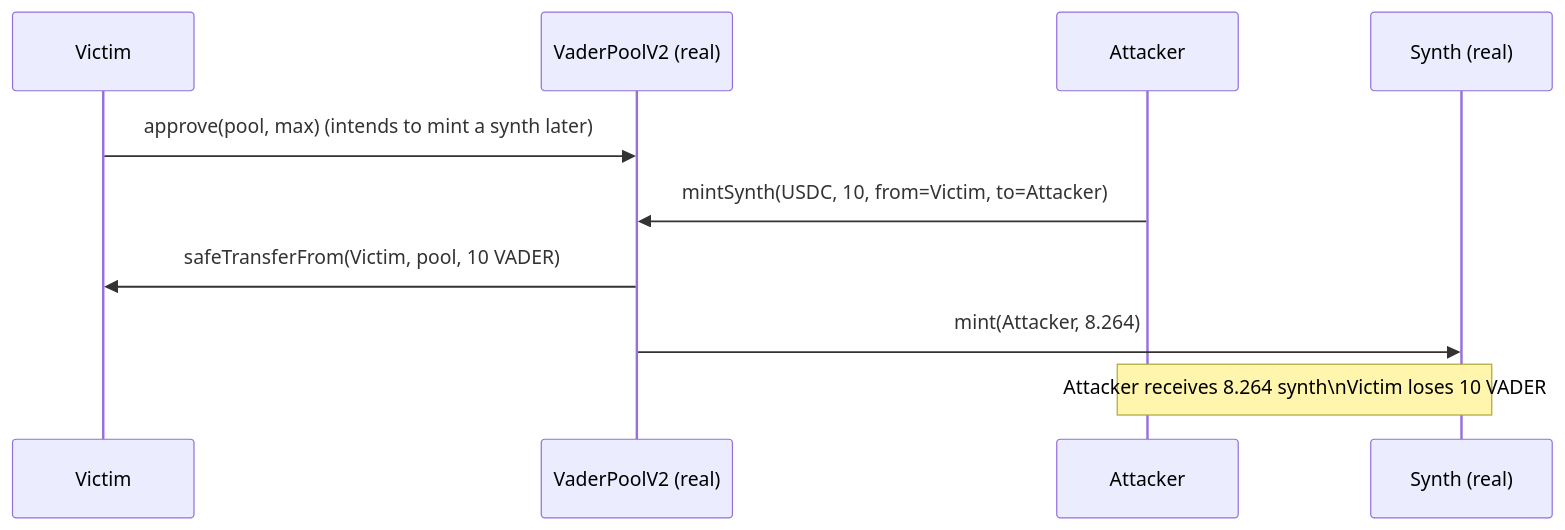
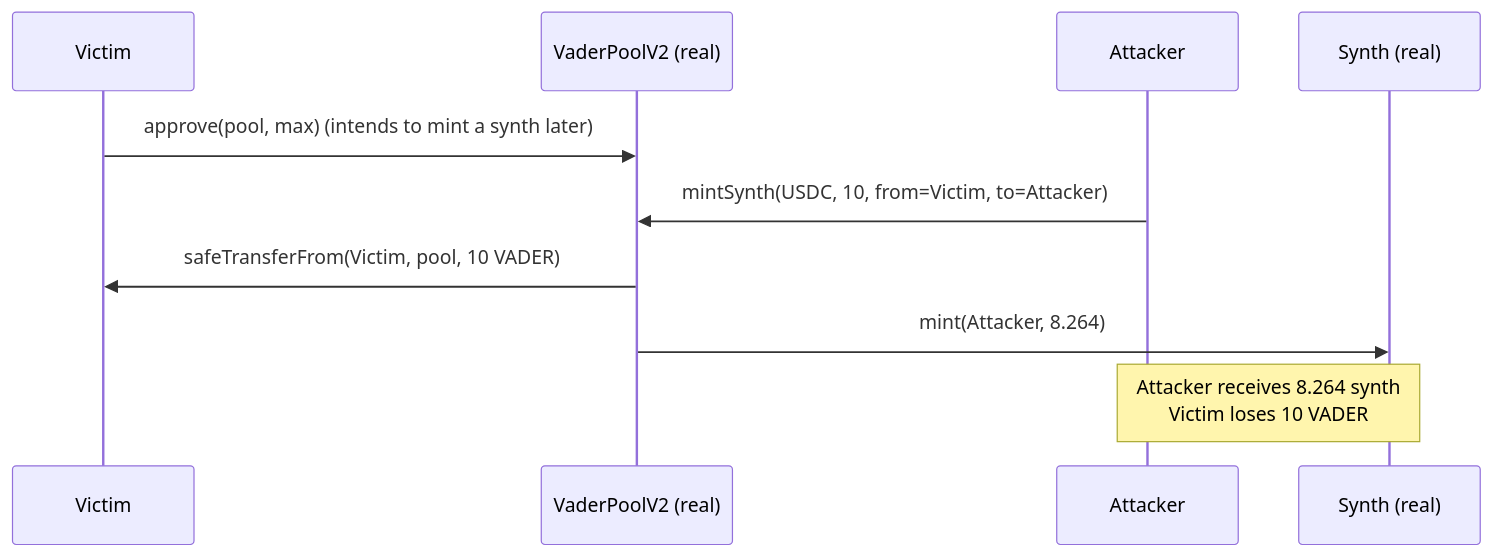
The diagram in 42335-h-13-anyone-can-arbitrarily-mint-synthetic-assets-in-vaderpo_exp/42335-h-13-anyone-can-arbitrarily-mint-synthetic-assets-in-vaderpo_exp.md (sanbir/evm-hack-registry), drawn with Mermaid before and after one commit. The commit also changed 23 other files, not shown here.

````diff
--- a/42335-h-13-anyone-can-arbitrarily-mint-synthetic-assets-in-vaderpo_exp/42335-h-13-anyone-can-arbitrarily-mint-synthetic-assets-in-vaderpo_exp.md
+++ b/42335-h-13-anyone-can-arbitrarily-mint-synthetic-assets-in-vaderpo_exp/42335-h-13-anyone-can-arbitrarily-mint-synthetic-assets-in-vaderpo_exp.md
@@ -34,12 +34,12 @@
 ```mermaid
 sequenceDiagram
     participant V as Victim
     participant P as VaderPoolV2 (real)
     participant A as Attacker
     participant S as Synth (real)
     V->>P: approve(pool, max)  (intends to mint a synth later)
     A->>P: mintSynth(USDC, 10, from=Victim, to=Attacker)
     P->>V: safeTransferFrom(Victim, pool, 10 VADER)
     P->>S: mint(Attacker, 8.264)
-    Note over A,S: Attacker receives 8.264 synth\nVictim loses 10 VADER
+    Note over A,S: Attacker receives 8.264 synth<br/>Victim loses 10 VADER
 ```
````
